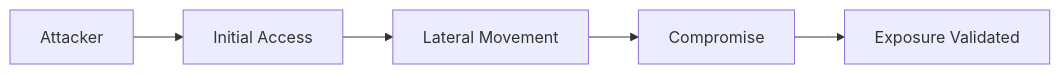
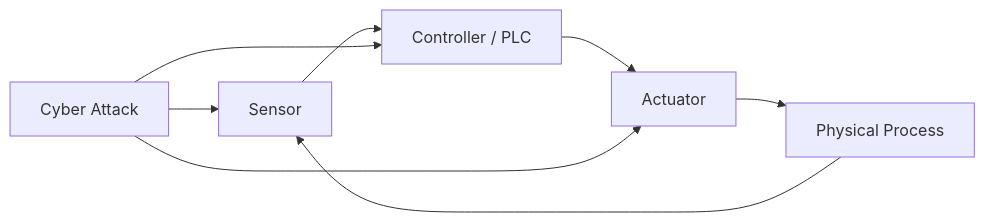
One commit to Anushree401/DT-CyberTwin changed the fourth of 12 diagrams in README.md. Above: the diagram before and after it, drawn with Mermaid. The commit also changed other lines of this file, not shown here.

````diff
--- a/README.md
+++ b/README.md
@@ -28,7 +200,12 @@
 ```mermaid
 flowchart LR
-    A[Attacker] --> B[Initial Access]
-    B --> C[Lateral Movement]
-    C --> D[Compromise]
-    D --> E[Exposure Validated]
+
+    S[Sensor] --> C[Controller / PLC]
+    C --> A[Actuator]
+    A --> P[Physical Process]
+    P --> S
+
+    X[Cyber Attack] --> S
+    X --> C
+    X --> A
 ```
````
